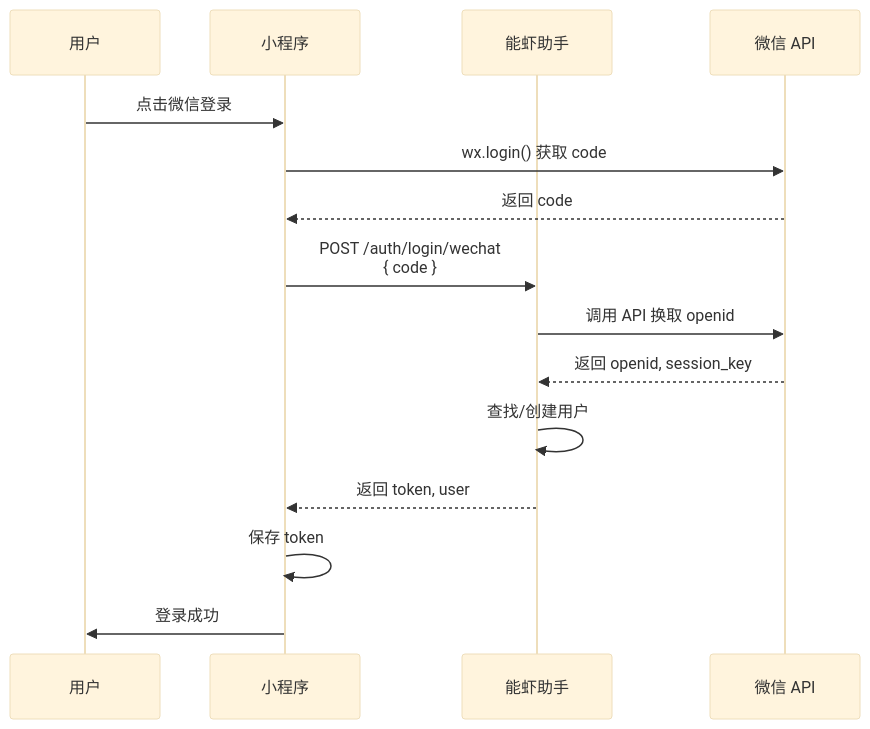
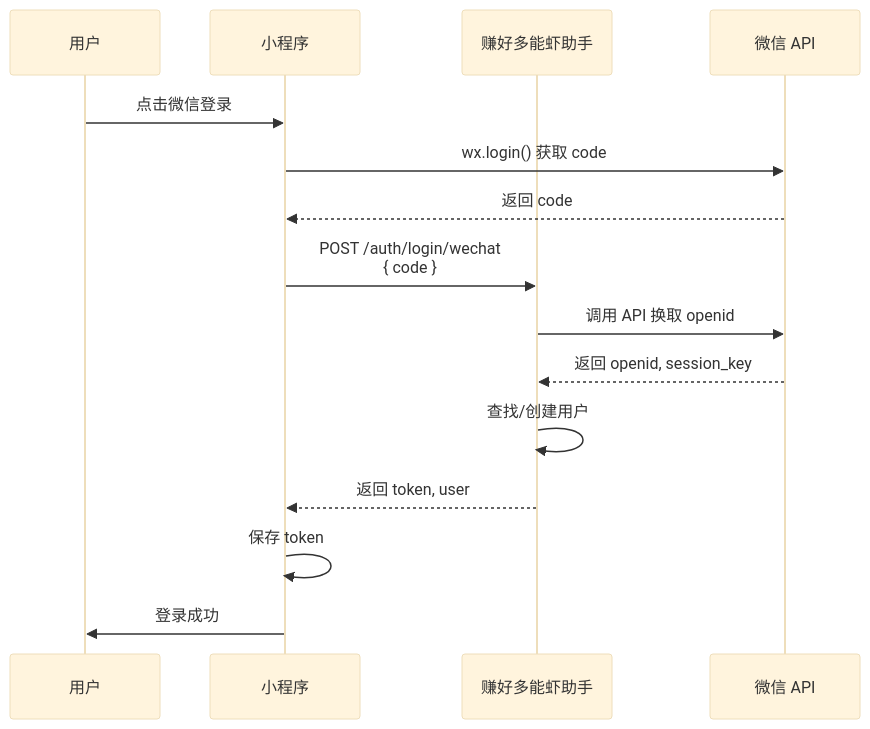
One commit to DonaldDuck618/lobster-app changed the diagram in docs/WECHAT_LOGIN_SETUP.md. Above: the diagram before and after it, drawn with Mermaid (base theme). The commit also changed other lines of this file and 95 other files, not shown here.

First line of the commit message:
feat: 产品更名 - 能虾助手 → 赚好多能虾助手

````diff
--- a/docs/WECHAT_LOGIN_SETUP.md
+++ b/docs/WECHAT_LOGIN_SETUP.md
@@ -73,18 +73,18 @@
 ```mermaid
 sequenceDiagram
     participant User as 用户
     participant MiniApp as 小程序
-    participant Server as 能虾助手
+    participant Server as 赚好多能虾助手
     participant Wechat as 微信 API
 
     User->>MiniApp: 点击微信登录
     MiniApp->>Wechat: wx.login() 获取 code
     Wechat-->>MiniApp: 返回 code
     MiniApp->>Server: POST /auth/login/wechat<br/>{ code }
     Server->>Wechat: 调用 API 换取 openid
     Wechat-->>Server: 返回 openid, session_key
     Server->>Server: 查找/创建用户
     Server-->>MiniApp: 返回 token, user
     MiniApp->>MiniApp: 保存 token
     MiniApp->>User: 登录成功
 ```
````
